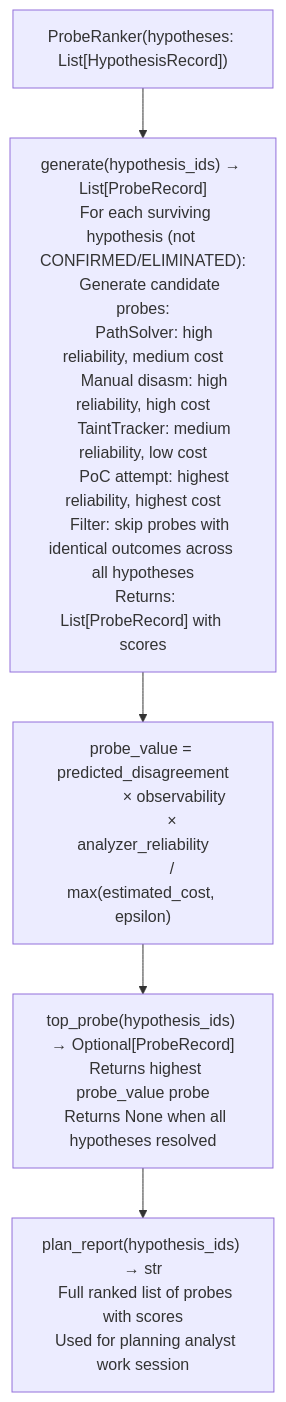
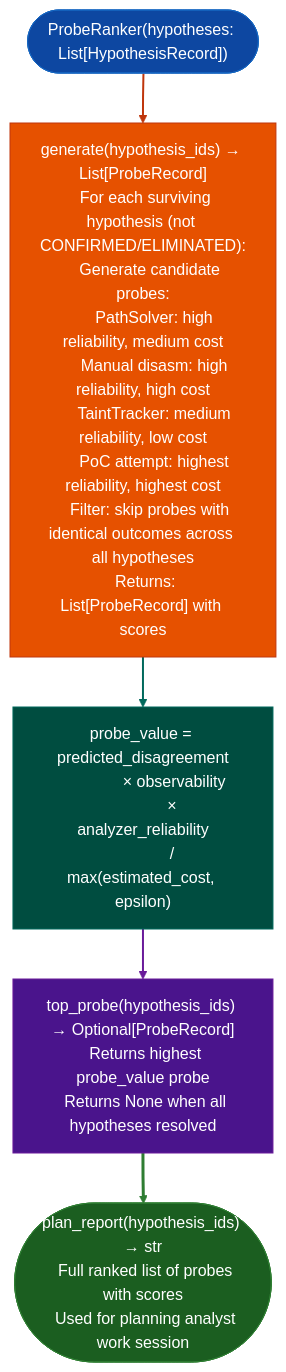
Before and after one commit to Ablation-Tool/ablation: the diagram in docs/reference-modules/evidence-scoring-and-probe-ranking.md, drawn with Mermaid. The commit also changed 320 other files, not shown here.

First line of the commit message:
docs: apply canonical Mermaid template to all 321 diagrams

````diff
--- a/docs/reference-modules/evidence-scoring-and-probe-ranking.md
+++ b/docs/reference-modules/evidence-scoring-and-probe-ranking.md
@@ -19,7 +19,17 @@
 ```mermaid
 flowchart TD
-    A["ProbeRanker(hypotheses: List[HypothesisRecord])"] --> B["generate(hypothesis_ids) → List[ProbeRecord]\n  For each surviving hypothesis (not CONFIRMED/ELIMINATED):\n    Generate candidate probes:\n      PathSolver: high reliability, medium cost\n      Manual disasm: high reliability, high cost\n      TaintTracker: medium reliability, low cost\n      PoC attempt: highest reliability, highest cost\n    Filter: skip probes with identical outcomes across all hypotheses\n  Returns: List[ProbeRecord] with scores"]
-    B --> C["probe_value = predicted_disagreement\n              × observability\n              × analyzer_reliability\n              / max(estimated_cost, epsilon)"]
-    C --> D["top_probe(hypothesis_ids) → Optional[ProbeRecord]\n  Returns highest probe_value probe\n  Returns None when all hypotheses resolved"]
-    D --> E["plan_report(hypothesis_ids) → str\n  Full ranked list of probes with scores\n  Used for planning analyst work session"]
+    A(["ProbeRanker(hypotheses: List[HypothesisRecord])"]):::input --> B["generate(hypothesis_ids) → List[ProbeRecord]\n  For each surviving hypothesis (not CONFIRMED/ELIMINATED):\n    Generate candidate probes:\n      PathSolver: high reliability, medium cost\n      Manual disasm: high reliability, high cost\n      TaintTracker: medium reliability, low cost\n      PoC attempt: highest reliability, highest cost\n    Filter: skip probes with identical outcomes across all hypotheses\n  Returns: List[ProbeRecord] with scores"]:::primary
+    B:::primary --> C["probe_value = predicted_disagreement\n              × observability\n              × analyzer_reliability\n              / max(estimated_cost, epsilon)"]:::secondary
+    C:::secondary --> D["top_probe(hypothesis_ids) → Optional[ProbeRecord]\n  Returns highest probe_value probe\n  Returns None when all hypotheses resolved"]:::tertiary
+    D:::tertiary --> E(["plan_report(hypothesis_ids) → str\n  Full ranked list of probes with scores\n  Used for planning analyst work session"]):::output
+    classDef input     fill:#0d47a1,stroke:#1565c0,color:#fff
+    classDef primary   fill:#e65100,stroke:#bf360c,color:#fff
+    classDef secondary fill:#004d40,stroke:#00695c,color:#fff
+    classDef tertiary  fill:#4a148c,stroke:#6a1b9a,color:#fff
+    classDef neutral   fill:#37474f,stroke:#546e7a,color:#fff
+    classDef output    fill:#1b5e20,stroke:#2e7d32,color:#fff
+    linkStyle 0 stroke:#bf360c,stroke-width:2px
+    linkStyle 1 stroke:#00695c,stroke-width:2px
+    linkStyle 2 stroke:#6a1b9a,stroke-width:2px
+    linkStyle 3 stroke:#2e7d32,stroke-width:3px
 ```
````
